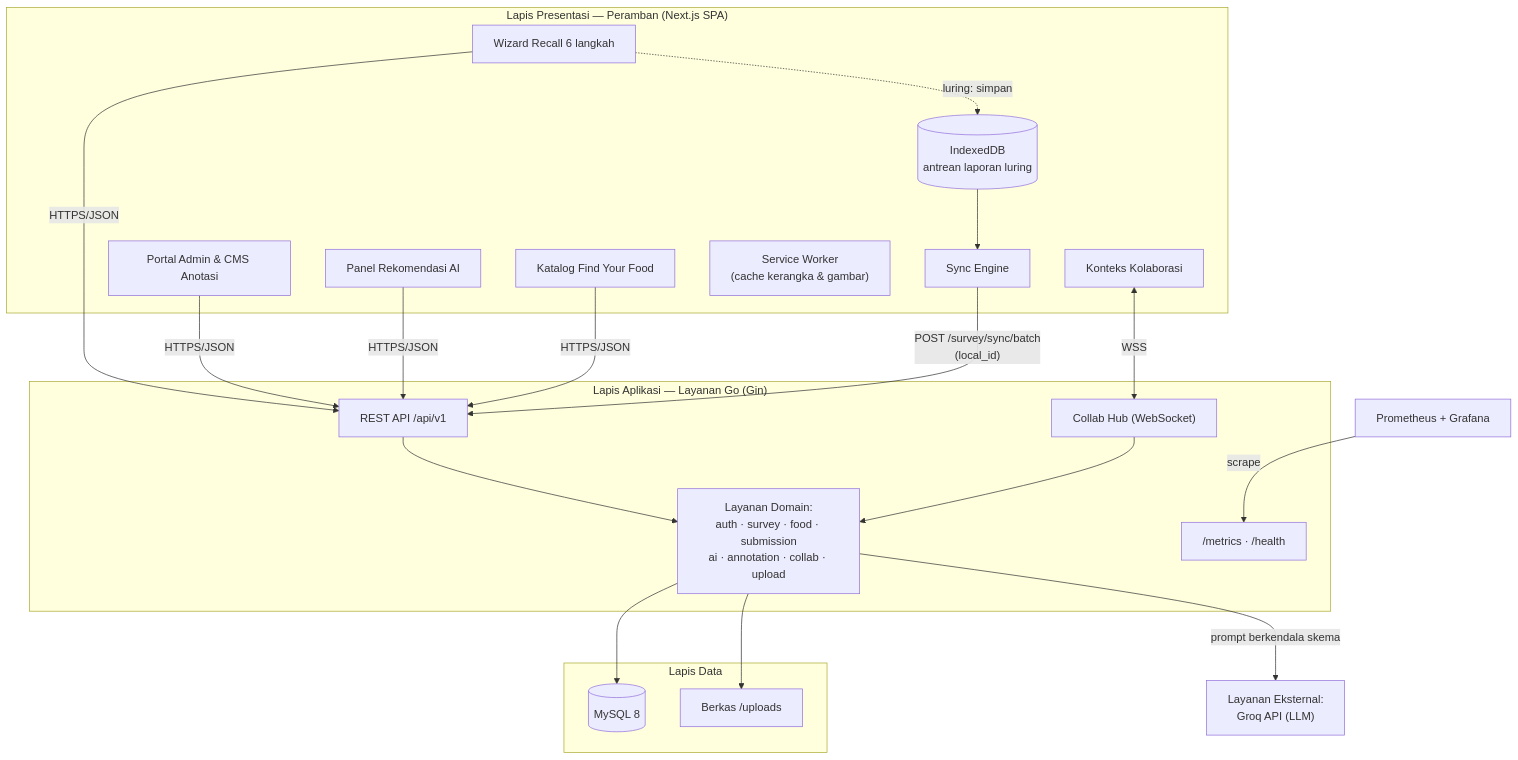
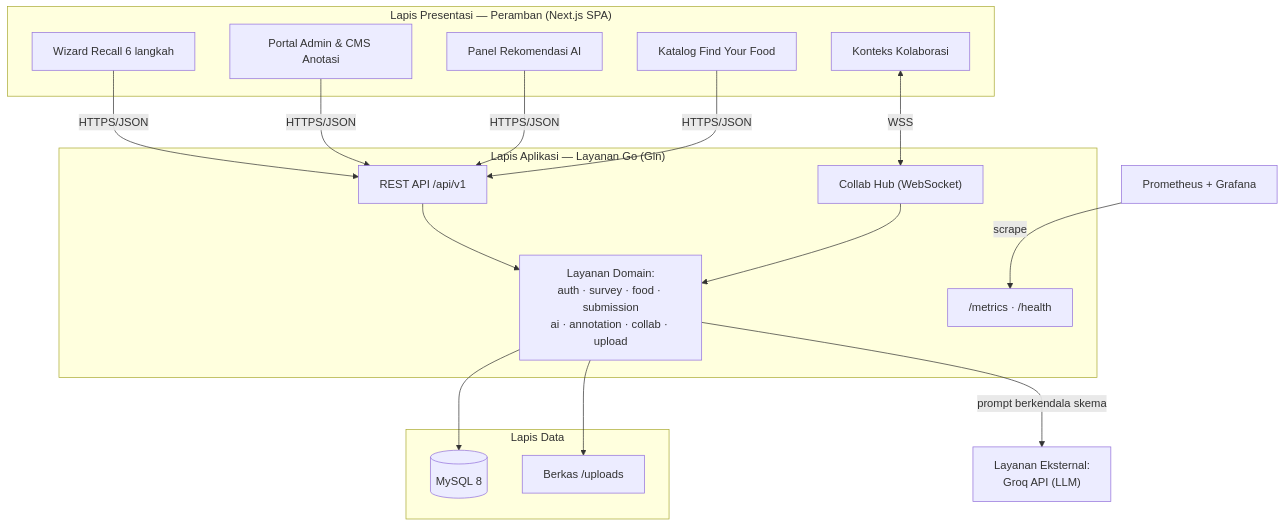
Before and after one commit to Babyhex7/atlas_food_frontend: the second of 13 diagrams in docs/Skripsi_Atlas_Food_Bab_1-5.md, drawn with Mermaid. The commit also changed other lines of this file and 2 other files, not shown here.

````diff
--- a/docs/Skripsi_Atlas_Food_Bab_1-5.md
+++ b/docs/Skripsi_Atlas_Food_Bab_1-5.md
@@ -635,40 +599,34 @@
 ```mermaid
 flowchart TB
     subgraph Klien["Lapis Presentasi — Peramban (Next.js SPA)"]
         RW["Wizard Recall 6 langkah"]
         CS["Konteks Kolaborasi"]
         AIP["Panel Rekomendasi AI"]
         ADM["Portal Admin & CMS Anotasi"]
         FYF["Katalog Find Your Food"]
-        SW["Service Worker<br/>(cache kerangka & gambar)"]
-        IDB[("IndexedDB<br/>antrean laporan luring")]
-        SYNC["Sync Engine"]
     end
 
     subgraph Server["Lapis Aplikasi — Layanan Go (Gin)"]
         REST["REST API /api/v1"]
         HUB["Collab Hub (WebSocket)"]
         SVC["Layanan Domain:<br/>auth · survey · food · submission<br/>ai · annotation · collab · upload"]
         MET["/metrics · /health"]
     end
 
     subgraph Data["Lapis Data"]
         DB[("MySQL 8")]
         FS["Berkas /uploads"]
     end
 
     GROQ["Layanan Eksternal:<br/>Groq API (LLM)"]
     MON["Prometheus + Grafana"]
 
     RW & ADM & AIP & FYF -->|HTTPS/JSON| REST
-    RW -.->|luring: simpan| IDB
-    IDB --> SYNC
-    SYNC -->|"POST /survey/sync/batch<br/>(local_id)"| REST
     CS <-->|WSS| HUB
     REST --> SVC
     HUB --> SVC
     SVC --> DB
     SVC --> FS
     SVC -->|prompt berkendala skema| GROQ
     MON -->|scrape| MET
 ```
````
